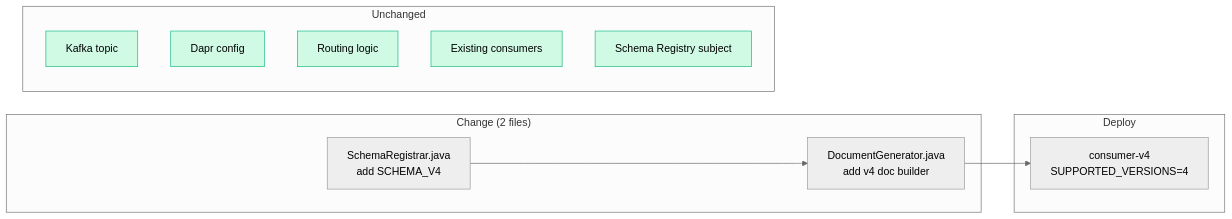
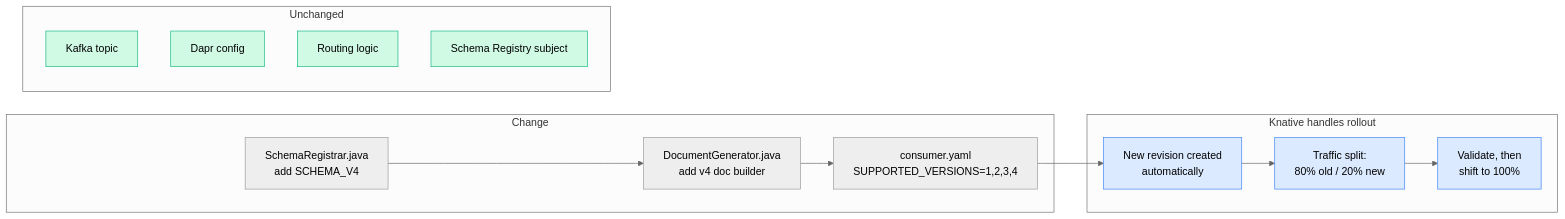
Before and after one commit to righteouslabs/experiments-kubernetes: the fourth of 4 diagrams in README.md, drawn with Mermaid (neutral theme). The commit also changed other lines of this file and 8 other files, not shown here.

First line of the commit message:
Replace 3 consumer deployments with single multi-version consumer + Knative

````diff
--- a/README.md
+++ b/README.md
@@ -158,27 +171,31 @@
 ```mermaid
 graph LR
-    subgraph "Change (2 files)"
+    subgraph "Change"
         A1["SchemaRegistrar.java<br/>add SCHEMA_V4"]
         A2["DocumentGenerator.java<br/>add v4 doc builder"]
+        A3["consumer.yaml<br/>SUPPORTED_VERSIONS=1,2,3,4"]
     end
 
-    subgraph "Deploy"
-        B["consumer-v4<br/>SUPPORTED_VERSIONS=4"]
+    subgraph "Knative handles rollout"
+        B1["New revision created<br/>automatically"]
+        B2["Traffic split:<br/>80% old / 20% new"]
+        B3["Validate, then<br/>shift to 100%"]
     end
 
     subgraph "Unchanged"
         C1["Kafka topic"]
         C2["Dapr config"]
         C3["Routing logic"]
-        C4["Existing consumers"]
-        C5["Schema Registry subject"]
+        C4["Schema Registry subject"]
     end
 
-    A1 --> A2 --> B
+    A1 --> A2 --> A3 --> B1 --> B2 --> B3
 
     style C1 fill:#d1fae5,stroke:#10b981
     style C2 fill:#d1fae5,stroke:#10b981
     style C3 fill:#d1fae5,stroke:#10b981
     style C4 fill:#d1fae5,stroke:#10b981
-    style C5 fill:#d1fae5,stroke:#10b981
+    style B1 fill:#dbeafe,stroke:#3b82f6
+    style B2 fill:#dbeafe,stroke:#3b82f6
+    style B3 fill:#dbeafe,stroke:#3b82f6
 ```
````
